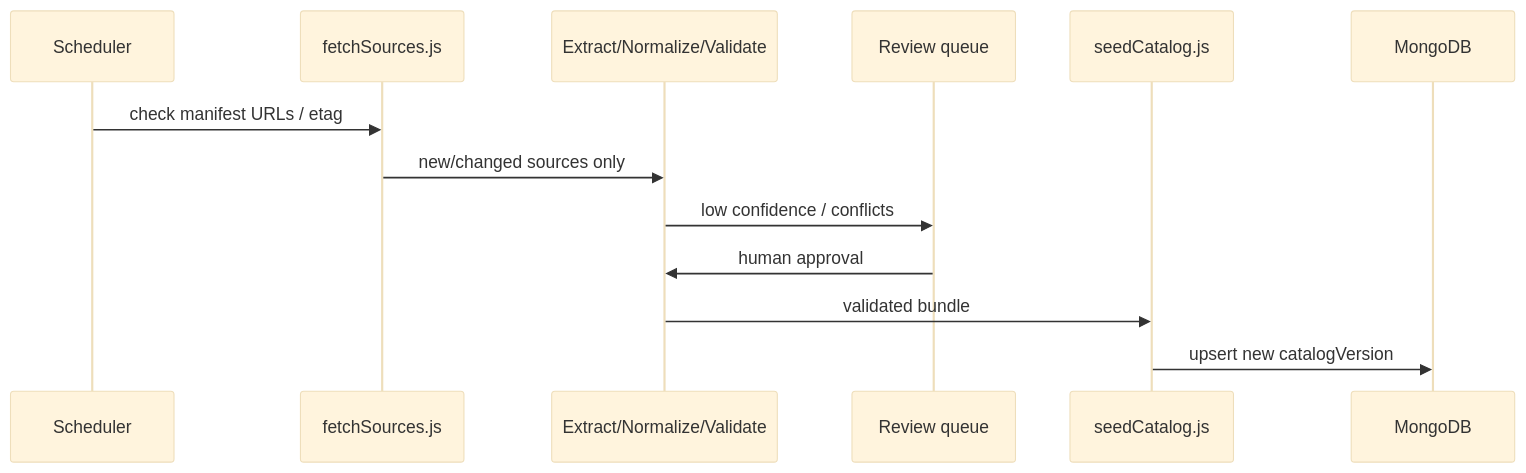
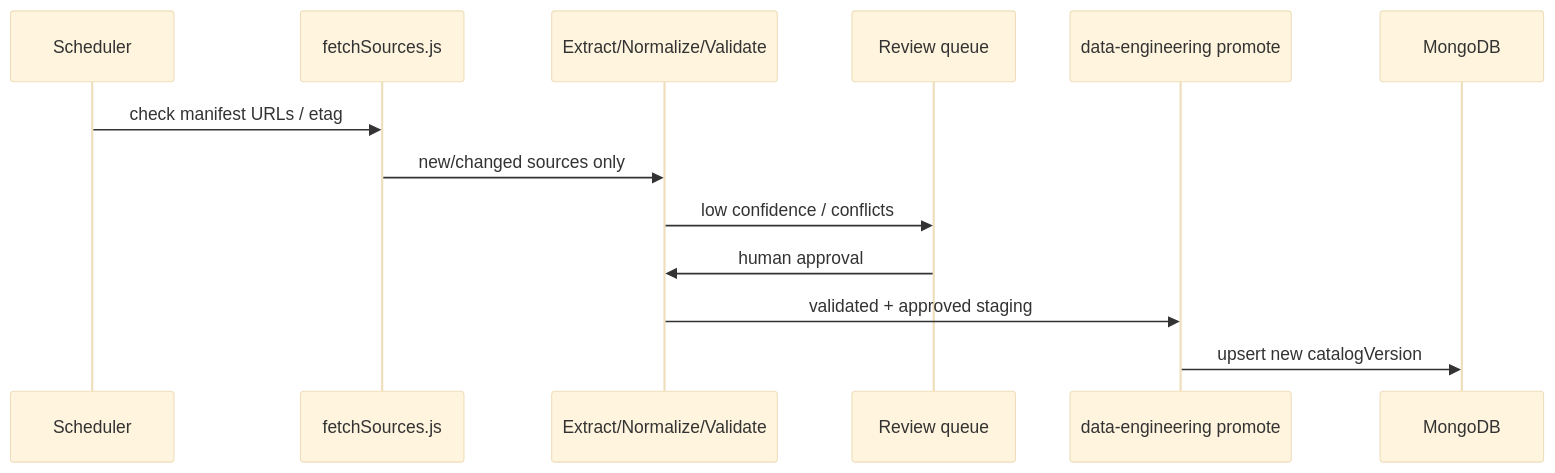
The second of 2 diagrams in docs/DATA_INGESTION_ARCHITECTURE.md (kinan-02/UniPilot), drawn with Mermaid (base theme) before and after one commit. The commit also changed other lines of this file and 275 other files, not shown here.

````diff
--- a/docs/DATA_INGESTION_ARCHITECTURE.md
+++ b/docs/DATA_INGESTION_ARCHITECTURE.md
@@ -525,16 +535,16 @@
 ```mermaid
 sequenceDiagram
   participant Cron as Scheduler
   participant Fetch as fetchSources.js
   participant Pipe as Extract/Normalize/Validate
   participant Review as Review queue
-  participant Seed as seedCatalog.js
+  participant Promote as data-engineering promote
   participant DB as MongoDB
 
   Cron->>Fetch: check manifest URLs / etag
   Fetch->>Pipe: new/changed sources only
   Pipe->>Review: low confidence / conflicts
   Review->>Pipe: human approval
-  Pipe->>Seed: validated bundle
-  Seed->>DB: upsert new catalogVersion
+  Pipe->>Promote: validated + approved staging
+  Promote->>DB: upsert new catalogVersion
 ```
````
